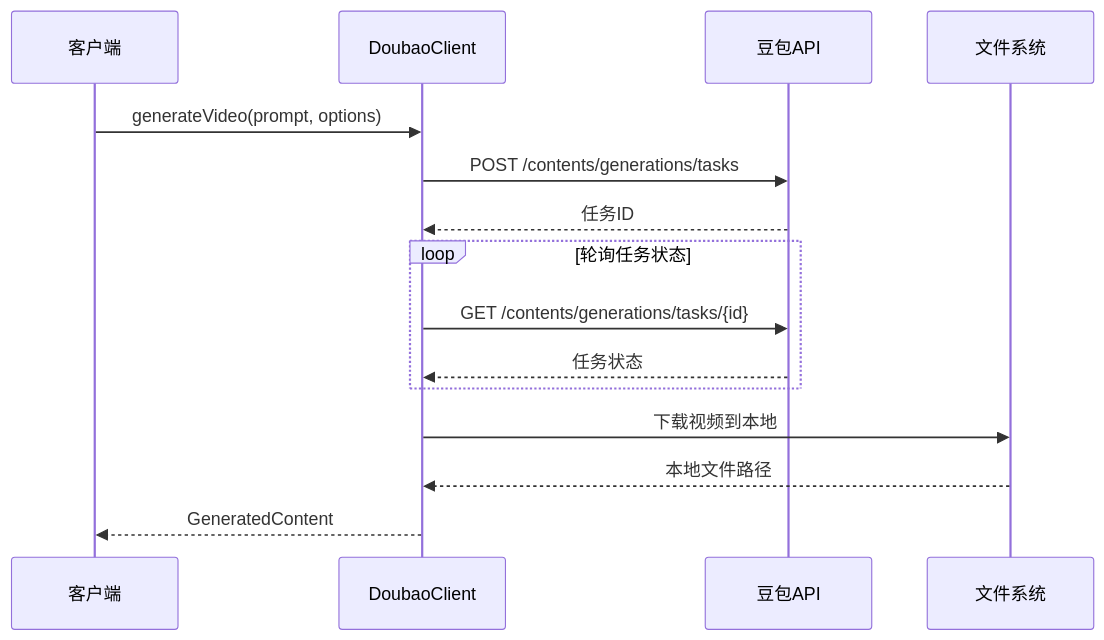
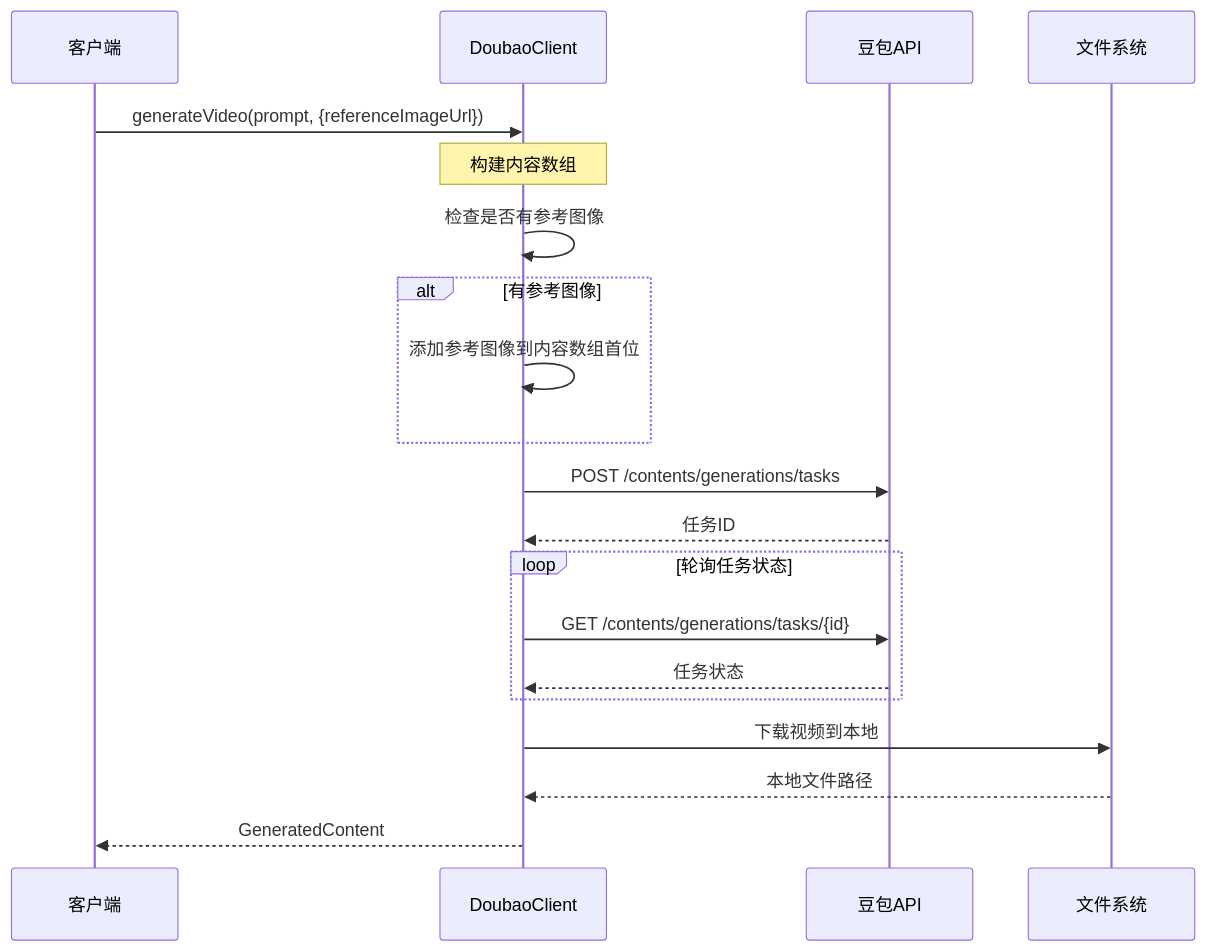
One commit to songdiyang/clawOperations changed the fifth of 8 diagrams in .qoder/repowiki/zh/content/Doubao Client Api.md. Above: the diagram before and after it, drawn with Mermaid. The commit also changed other lines of this file and 7 other files, not shown here.

````diff
--- a/.qoder/repowiki/zh/content/Doubao Client Api.md
+++ b/.qoder/repowiki/zh/content/Doubao Client Api.md
@@ -237,17 +276,22 @@
 ```mermaid
 sequenceDiagram
 participant Client as 客户端
 participant Doubao as DoubaoClient
 participant API as 豆包API
 participant FS as 文件系统
-Client->>Doubao : generateVideo(prompt, options)
+Client->>Doubao : generateVideo(prompt, {referenceImageUrl})
+Note over Doubao : 构建内容数组
+Doubao->>Doubao : 检查是否有参考图像
+alt 有参考图像
+Doubao->>Doubao : 添加参考图像到内容数组首位
+end
 Doubao->>API : POST /contents/generations/tasks
 API-->>Doubao : 任务ID
 loop 轮询任务状态
 Doubao->>API : GET /contents/generations/tasks/{id}
 API-->>Doubao : 任务状态
 end
 Doubao->>FS : 下载视频到本地
 FS-->>Doubao : 本地文件路径
 Doubao-->>Client : GeneratedContent
 ```
````
